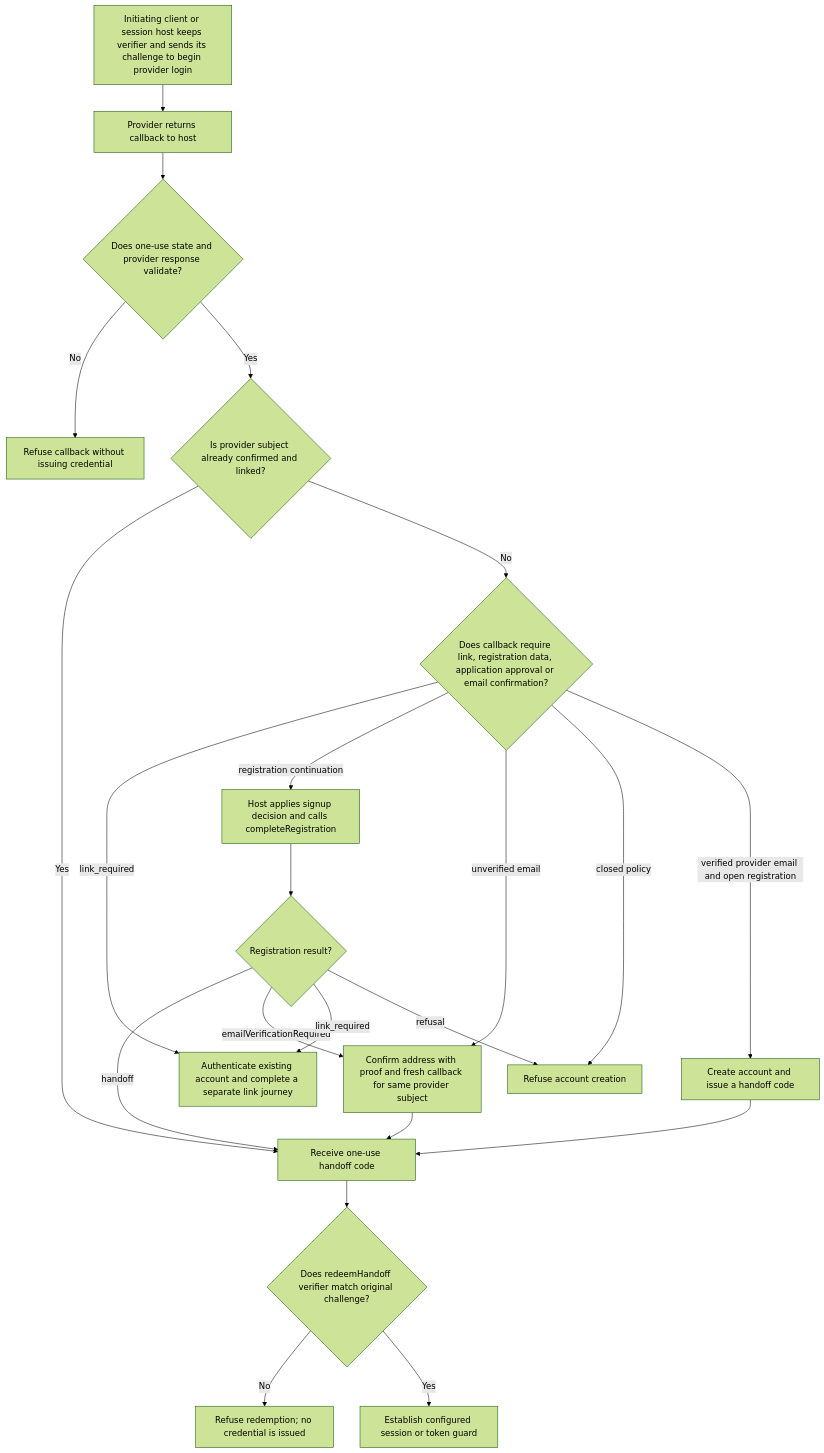
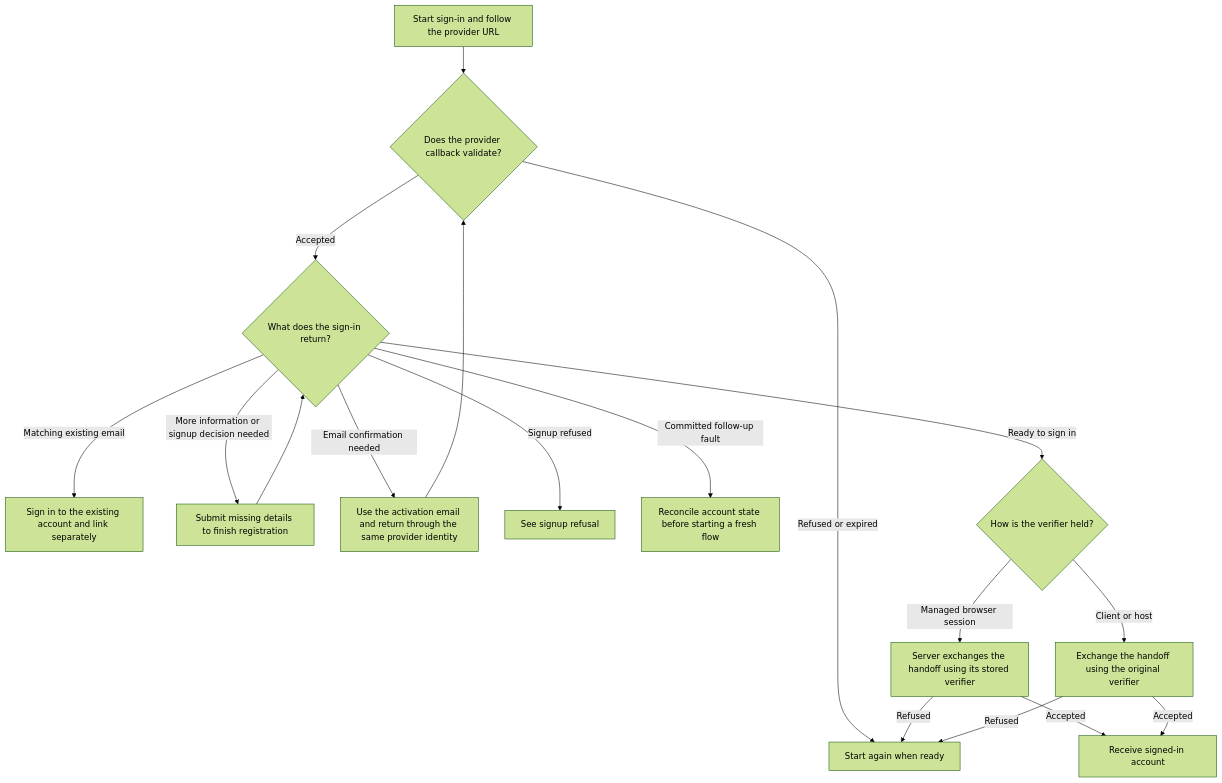
The first of 2 diagrams in user-stories/US-ACCOUNT-20-social-sign-in.md (Kevinjohn/oss-adonisjs-account-kit), drawn with Mermaid (forest theme) before and after one commit. The commit also changed other lines of this file and 70 other files, not shown here.

````diff
--- a/user-stories/US-ACCOUNT-20-social-sign-in.md
+++ b/user-stories/US-ACCOUNT-20-social-sign-in.md
@@ -21,24 +22,20 @@
 ```mermaid
 flowchart TD
- A["Initiating client or session host keeps verifier and sends its challenge to begin provider login"] --> B["Provider returns callback to host"]
- B --> C{"Does one-use state and provider response validate?"}
- C -->|No| D["Refuse callback without issuing credential"]
- C -->|Yes| E{"Is provider subject already confirmed and linked?"}
- E -->|Yes| F["Receive one-use handoff code"]
- F --> G{"Does redeemHandoff verifier match original challenge?"}
- G -->|No| H["Refuse redemption; no credential is issued"]
- G -->|Yes| I["Establish configured session or token guard"]
- E -->|No| J{"Does callback require link, registration data, application approval or email confirmation?"}
- J -->|link_required| K["Authenticate existing account and complete a separate link journey"]
- J -->|registration continuation| L["Host applies signup decision and calls completeRegistration"]
- L --> P{"Registration result?"}
- P -->|handoff| F
- P -->|emailVerificationRequired| M
- P -->|link_required| K
- P -->|refusal| N
- J -->|unverified email| M["Confirm address with proof and fresh callback for same provider subject"]
- M --> F
- J -->|closed policy| N["Refuse account creation"]
- J -->|verified provider email and open registration| O["Create account and issue a handoff code"]
- O --> F
+ A["Start sign-in and follow the provider URL"] --> B{"Does the provider callback validate?"}
+ B -->|Refused or expired| X["Start again when ready"]
+ B -->|Accepted| R{"What does the sign-in return?"}
+ R -->|Matching existing email| L["Sign in to the existing account and link separately"]
+ R -->|More information or signup decision needed| I["Submit missing details to finish registration"]
+ I --> R
+ R -->|Email confirmation needed| E["Use the activation email and return through the same provider identity"]
+ E --> B
+ R -->|Signup refused| F["See signup refusal"]
+ R -->|Committed follow-up fault| G["Reconcile account state before starting a fresh flow"]
+ R -->|Ready to sign in| H{"How is the verifier held?"}
+ H -->|Managed browser session| U["Server exchanges the handoff using its stored verifier"]
+ U -->|Accepted| S["Receive signed-in account"]
+ U -->|Refused| X
+ H -->|Client or host| T["Exchange the handoff using the original verifier"]
+ T -->|Accepted| S
+ T -->|Refused| X
 ```
````
